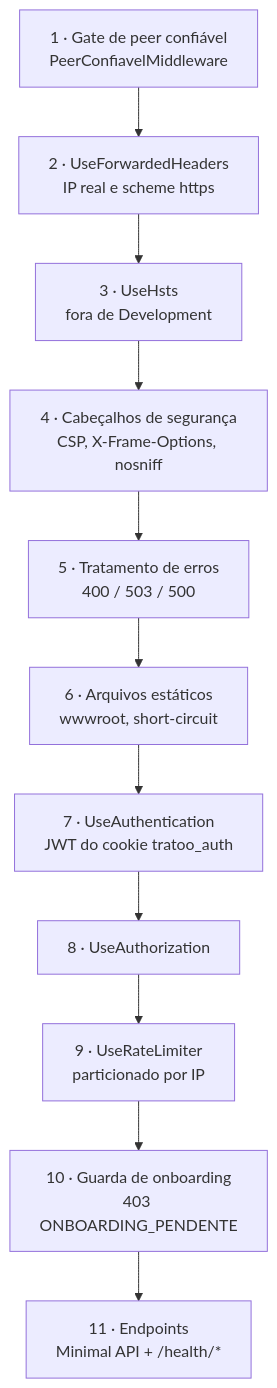
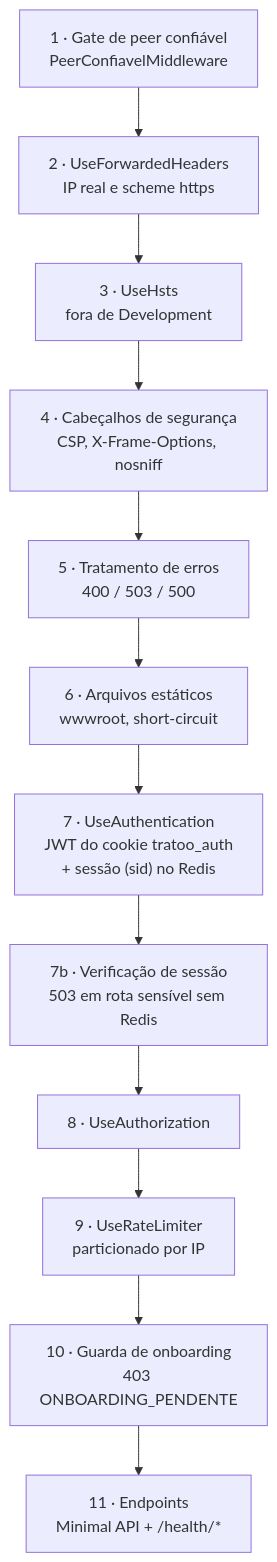
The second of 10 diagrams in Docs/ARQUITETURA.md (Gustavo-C-almeida/tratoo), drawn with Mermaid before and after one commit. The commit also changed other lines of this file and 48 other files, not shown here.

````diff
--- a/Docs/ARQUITETURA.md
+++ b/Docs/ARQUITETURA.md
@@ -197,13 +205,14 @@
 ```mermaid
 flowchart TD
     A["1 · Gate de peer confiável<br/>PeerConfiavelMiddleware"] --> B["2 · UseForwardedHeaders<br/>IP real e scheme https"]
     B --> C["3 · UseHsts<br/>fora de Development"]
     C --> D["4 · Cabeçalhos de segurança<br/>CSP, X-Frame-Options, nosniff"]
     D --> E["5 · Tratamento de erros<br/>400 / 503 / 500"]
     E --> F["6 · Arquivos estáticos<br/>wwwroot, short-circuit"]
-    F --> G["7 · UseAuthentication<br/>JWT do cookie tratoo_auth"]
-    G --> H["8 · UseAuthorization"]
+    F --> G["7 · UseAuthentication<br/>JWT do cookie tratoo_auth<br/>+ sessão (sid) no Redis"]
+    G --> G2["7b · Verificação de sessão<br/>503 em rota sensível sem Redis"]
+    G2 --> H["8 · UseAuthorization"]
     H --> I["9 · UseRateLimiter<br/>particionado por IP"]
     I --> J["10 · Guarda de onboarding<br/>403 ONBOARDING_PENDENTE"]
     J --> K["11 · Endpoints<br/>Minimal API + /health/*"]
 ```
````
